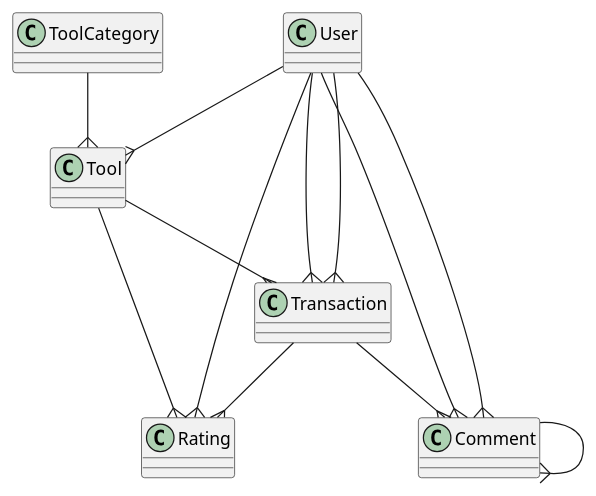
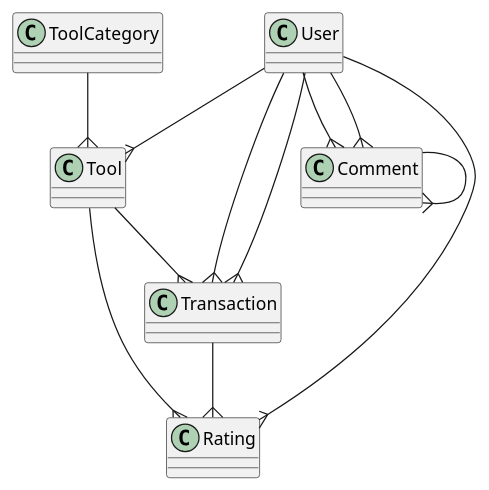
One commit to samsonitto/itool_db changed the second of 2 diagrams in README.md. Above: the diagram before and after it, drawn with PlantUML.

````diff
--- a/README.md
+++ b/README.md
@@ -99,18 +99,17 @@
 ```plantuml
 @startuml
 
 User --{ Tool
 User --{ Transaction
 User --{ Transaction
 User --{ Comment
 User --{ Comment
 User --{ Rating
 ToolCategory --{ Tool
 Tool --{ Transaction
 Tool --{ Rating
 Transaction --{ Rating
-Transaction --{ Comment
 Comment --{ Comment
 
 @enduml
 ```
````
